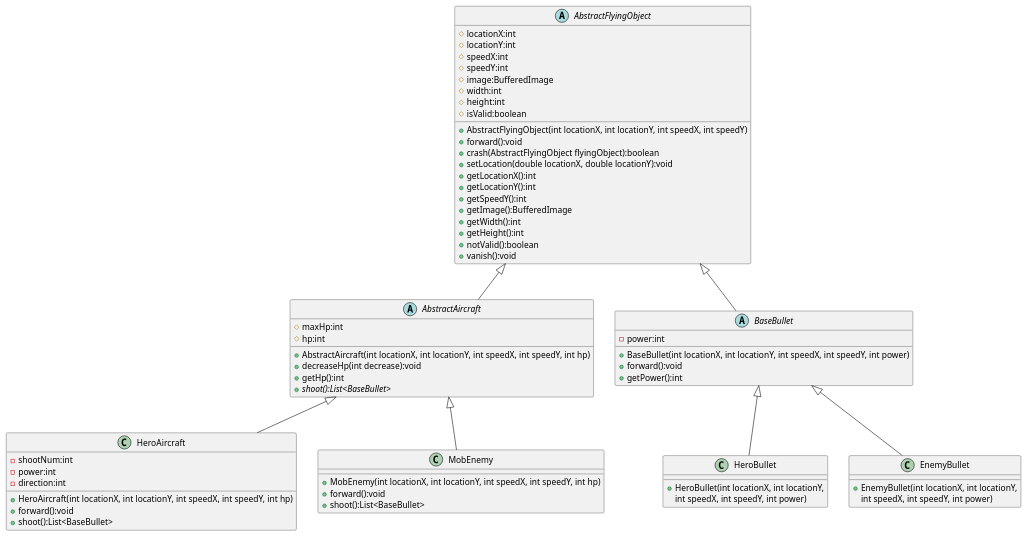
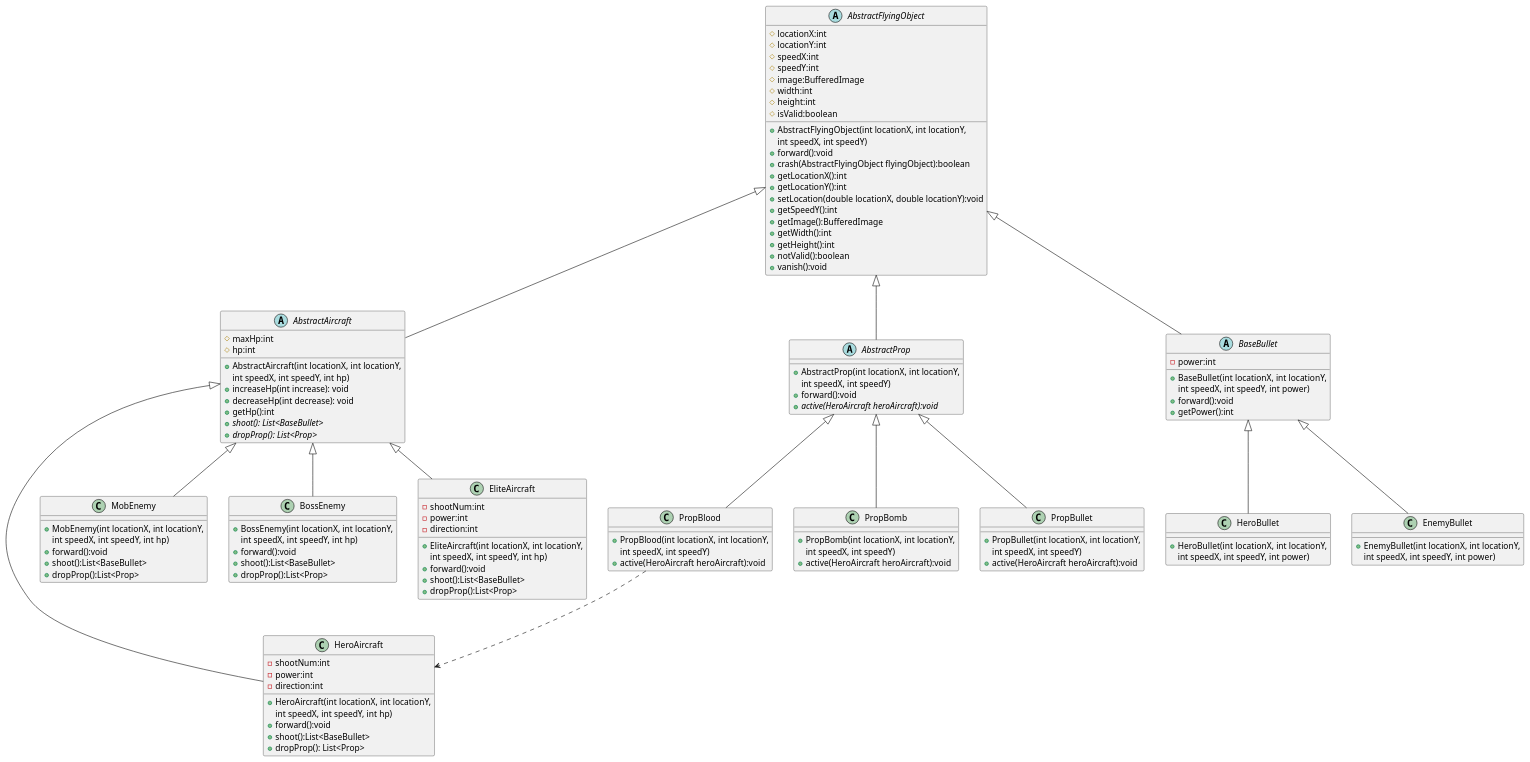
Before and after one commit to HaHaRen6/AircraftWar-base: the diagram in uml/Inheritence.puml, drawn with PlantUML. The commit also changed 10 other files, not shown here.

Commit message:
lab1 add uml

```diff
--- a/uml/Inheritence.puml
+++ b/uml/Inheritence.puml
@@ -1,81 +1,152 @@
 @startuml
 'https://plantuml.com/class-diagram
 
 abstract class AbstractFlyingObject
 {
     # locationX:int
     # locationY:int
     # speedX:int
     # speedY:int
     # image:BufferedImage
     # width:int
     # height:int
     # isValid:boolean
 
-    + AbstractFlyingObject(int locationX, int locationY, int speedX, int speedY)
+    + AbstractFlyingObject(int locationX, int locationY,
+        int speedX, int speedY)
     + forward():void
     + crash(AbstractFlyingObject flyingObject):boolean
-    + setLocation(double locationX, double locationY):void
     + getLocationX():int
     + getLocationY():int
+    + setLocation(double locationX, double locationY):void
     + getSpeedY():int
     + getImage():BufferedImage
     + getWidth():int
     + getHeight():int
     + notValid():boolean
     + vanish():void
 }
+
 abstract class AbstractAircraft
 {
 	# maxHp:int
     # hp:int
-    + AbstractAircraft(int locationX, int locationY, int speedX, int speedY, int hp)
-    + decreaseHp(int decrease):void
+
+    + AbstractAircraft(int locationX, int locationY,
+        int speedX, int speedY, int hp)
+    + increaseHp(int increase): void
+    + decreaseHp(int decrease): void
     + getHp():int
-    + {abstract} shoot():List<BaseBullet>
- }
+    + {abstract} shoot(): List<BaseBullet>
+    + {abstract} dropProp(): List<Prop>
+}
+AbstractFlyingObject <|-- AbstractAircraft
 
 
 class HeroAircraft {
     - shootNum:int
     - power:int
     - direction:int
-    + HeroAircraft(int locationX, int locationY, int speedX, int speedY, int hp)
+
+    + HeroAircraft(int locationX, int locationY,
+        int speedX, int speedY, int hp)
     + forward():void
     + shoot():List<BaseBullet>
+    + dropProp(): List<Prop>
 }
 
 AbstractAircraft <|-- HeroAircraft
 
 class MobEnemy {
-    + MobEnemy(int locationX, int locationY, int speedX, int speedY, int hp)
+
+    + MobEnemy(int locationX, int locationY,
+        int speedX, int speedY, int hp)
     + forward():void
     + shoot():List<BaseBullet>
+    + dropProp():List<Prop>
 }
 AbstractAircraft <|-- MobEnemy
+
+class BossEnemy {
+
+    + BossEnemy(int locationX, int locationY,
+        int speedX, int speedY, int hp)
+    + forward():void
+    + shoot():List<BaseBullet>
+    + dropProp():List<Prop>
+}
+AbstractAircraft <|-- BossEnemy
+
+class EliteAircraft {
+    - shootNum:int
+    - power:int
+    - direction:int
+
+    + EliteAircraft(int locationX, int locationY,
+        int speedX, int speedY, int hp)
+    + forward():void
+    + shoot():List<BaseBullet>
+    + dropProp():List<Prop>
+}
+AbstractAircraft <|-- EliteAircraft
+
+abstract class AbstractProp
+{
+    + AbstractProp(int locationX, int locationY,
+        int speedX, int speedY)
+    + forward():void
+    + {abstract} active(HeroAircraft heroAircraft):void
+}
+AbstractFlyingObject <|-- AbstractProp
+
+class PropBlood
+{
+    + PropBlood(int locationX, int locationY,
+        int speedX, int speedY)
+    + active(HeroAircraft heroAircraft):void
+}
+AbstractProp <|-- PropBlood
+PropBlood ..> HeroAircraft
+
+class PropBomb
+{
+
+    + PropBomb(int locationX, int locationY,
+        int speedX, int speedY)
+    + active(HeroAircraft heroAircraft):void
+}
+AbstractProp <|-- PropBomb
+
+class PropBullet
+{
+
+    + PropBullet(int locationX, int locationY,
+        int speedX, int speedY)
+    + active(HeroAircraft heroAircraft):void
+}
+AbstractProp <|-- PropBullet
 
 abstract class BaseBullet
 {
     - power:int
-    + BaseBullet(int locationX, int locationY, int speedX, int speedY, int power)
+
+    + BaseBullet(int locationX, int locationY,
+        int speedX, int speedY, int power)
     + forward():void
 	+ getPower():int
 }
+AbstractFlyingObject <|-- BaseBullet
 
 class HeroBullet {
     + HeroBullet(int locationX, int locationY,
-     int speedX, int speedY, int power)
+        int speedX, int speedY, int power)
 }
+BaseBullet <|-- HeroBullet
 
 class EnemyBullet {
     + EnemyBullet(int locationX, int locationY,
-     int speedX, int speedY, int power)
+        int speedX, int speedY, int power)
 }
-
-BaseBullet <|-- HeroBullet
 BaseBullet <|-- EnemyBullet
 
-AbstractFlyingObject <|-- AbstractAircraft
-AbstractFlyingObject <|-- BaseBullet
-
 @enduml
```
